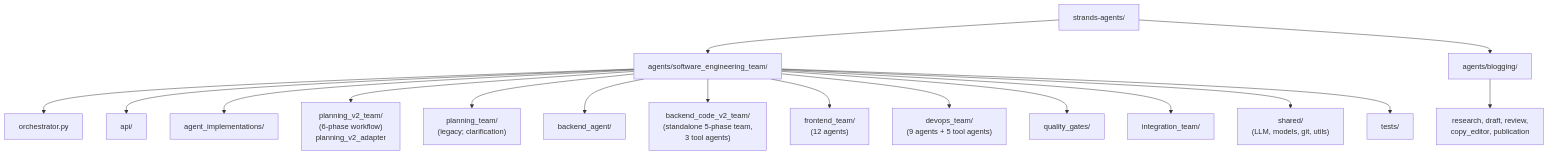
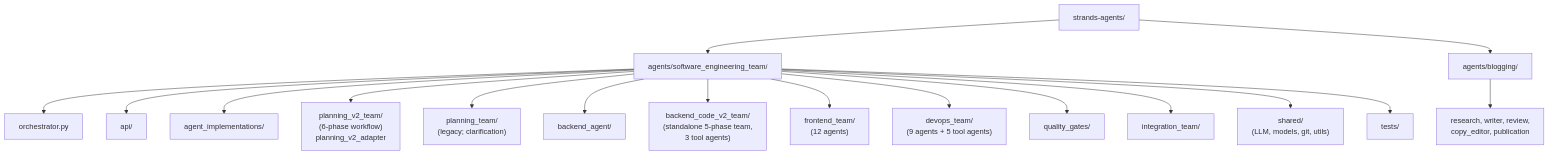
One commit to brandonkindred/Khala-Agentic-AI-Teams changed diagram 12 of 12 in ARCHITECTURE.md. Above: the diagram before and after it, drawn with Mermaid. The commit also changed 23 other files, not shown here.

First line of the commit message:
refactor(blogging): rename draft agent to writer agent

````diff
--- a/ARCHITECTURE.md
+++ b/ARCHITECTURE.md
@@ -529,23 +529,23 @@
 ```mermaid
 flowchart TB
     Root["strands-agents/"]
 
     Root --> SWTeam["agents/software_engineering_team/"]
     Root --> BlogTeam["agents/blogging/"]
 
     SWTeam --> swOrch["orchestrator.py"]
     SWTeam --> swAPI["api/"]
     SWTeam --> swCLI["agent_implementations/"]
     SWTeam --> swPlanningV2["planning_v2_team/\n(6-phase workflow)\nplanning_v2_adapter"]
     SWTeam --> swPlanning["planning_team/\n(legacy; clarification)"]
     SWTeam --> swBackend["backend_agent/"]
     SWTeam --> swBackendV2["backend_code_v2_team/\n(standalone 5-phase team,\n3 tool agents)"]
     SWTeam --> swFrontend["frontend_team/\n(12 agents)"]
     SWTeam --> swDevops["devops_team/\n(9 agents + 5 tool agents)"]
     SWTeam --> swQuality["quality_gates/"]
     SWTeam --> swIntegration["integration_team/"]
     SWTeam --> swShared["shared/\n(LLM, models, git, utils)"]
     SWTeam --> swTests["tests/"]
 
-    BlogTeam --> blogAgents["research, draft, review,\ncopy_editor, publication"]
+    BlogTeam --> blogAgents["research, writer, review,\ncopy_editor, publication"]
 ```
````
